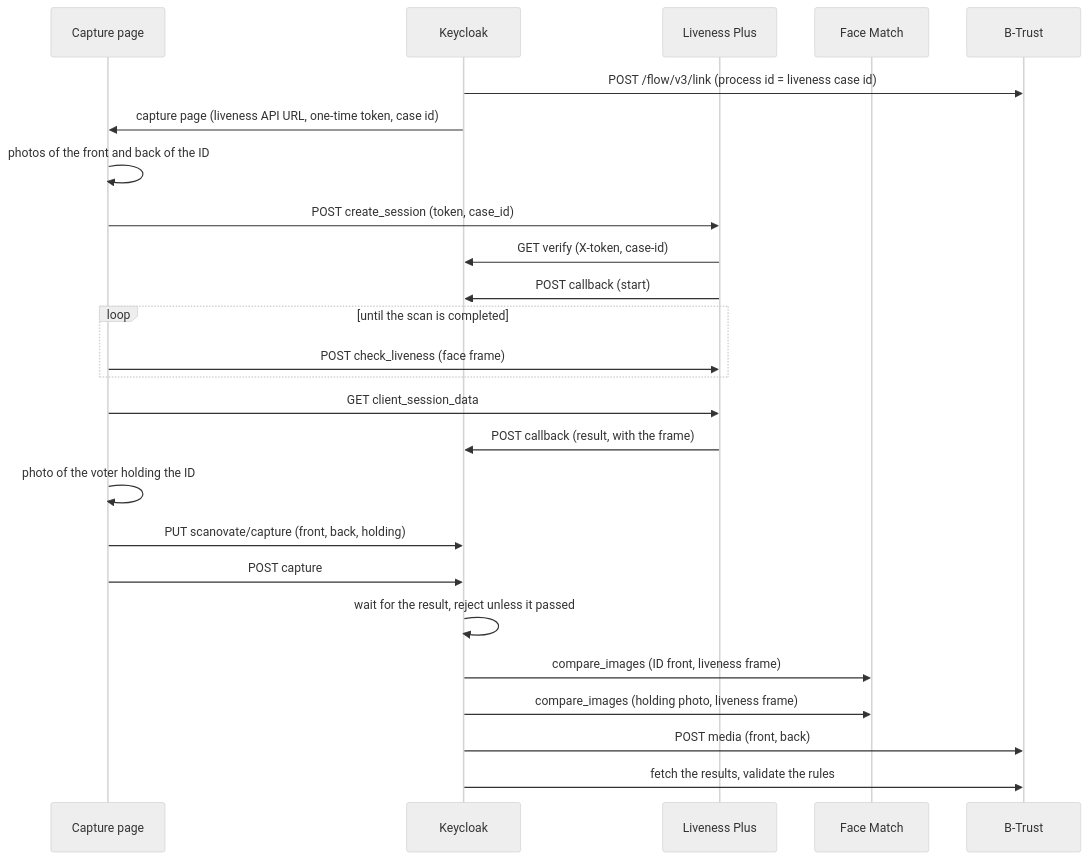
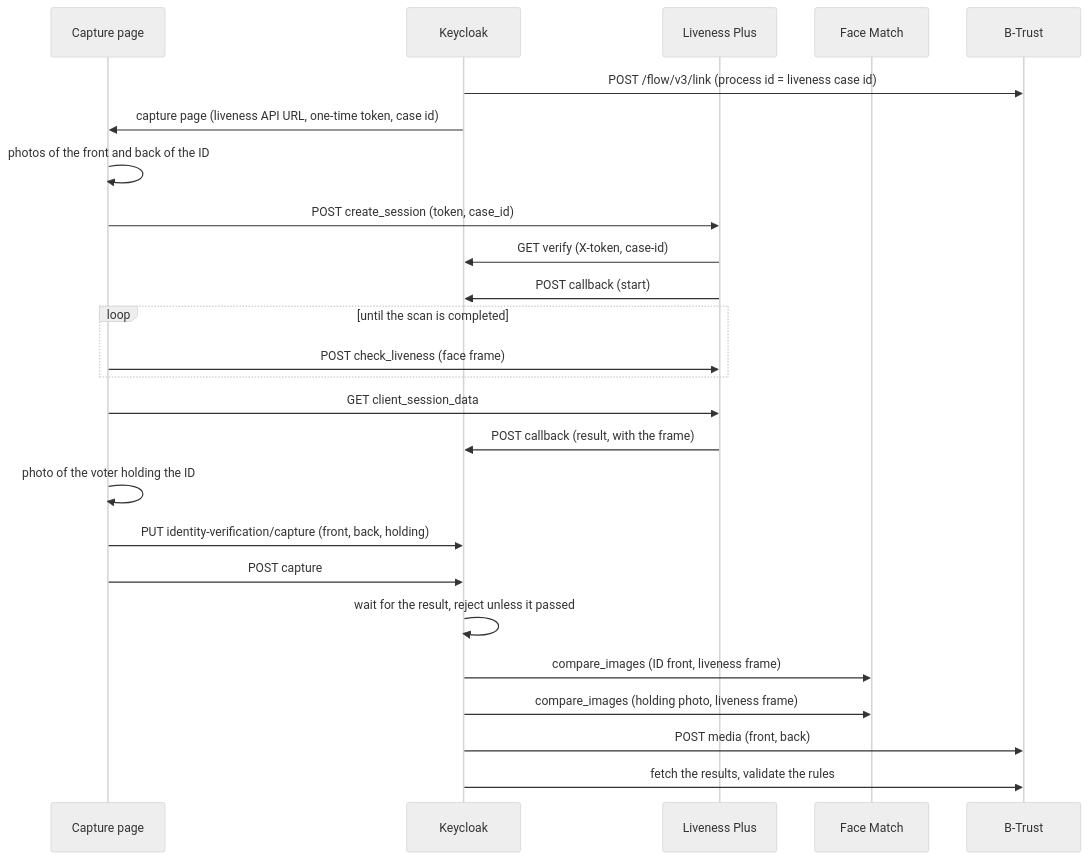
Before and after one commit to sequentech/step: the diagram in docs/docusaurus/docs/integrations/scanovate_on_premise_guide.md, drawn with Mermaid (neutral theme). The commit also changed other lines of this file and 12 other files, not shown here.

````diff
--- a/docs/docusaurus/docs/integrations/scanovate_on_premise_guide.md
+++ b/docs/docusaurus/docs/integrations/scanovate_on_premise_guide.md
@@ -68,27 +68,27 @@
 ```mermaid
 sequenceDiagram
     participant V as Capture page
     participant K as Keycloak
     participant L as Liveness Plus
     participant F as Face Match
     participant B as B-Trust
     K->>B: POST /flow/v3/link (process id = liveness case id)
     K->>V: capture page (liveness API URL, one-time token, case id)
     V->>V: photos of the front and back of the ID
     V->>L: POST create_session (token, case_id)
     L->>K: GET verify (X-token, case-id)
     L->>K: POST callback (start)
     loop until the scan is completed
         V->>L: POST check_liveness (face frame)
     end
     V->>L: GET client_session_data
     L->>K: POST callback (result, with the frame)
     V->>V: photo of the voter holding the ID
-    V->>K: PUT scanovate/capture (front, back, holding)
+    V->>K: PUT identity-verification/capture (front, back, holding)
     V->>K: POST capture
     K->>K: wait for the result, reject unless it passed
     K->>F: compare_images (ID front, liveness frame)
     K->>F: compare_images (holding photo, liveness frame)
     K->>B: POST media (front, back)
     K->>B: fetch the results, validate the rules
 ```
````
